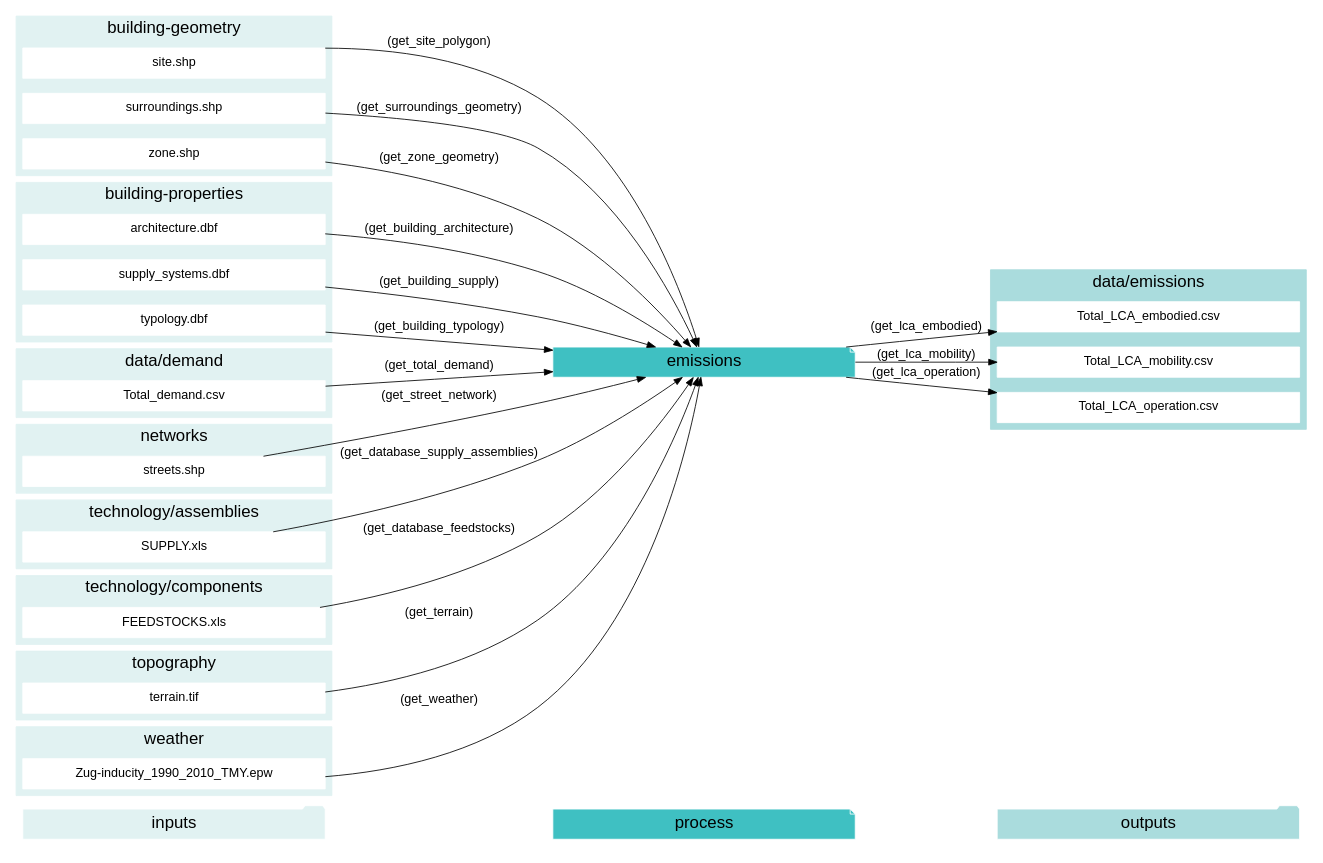
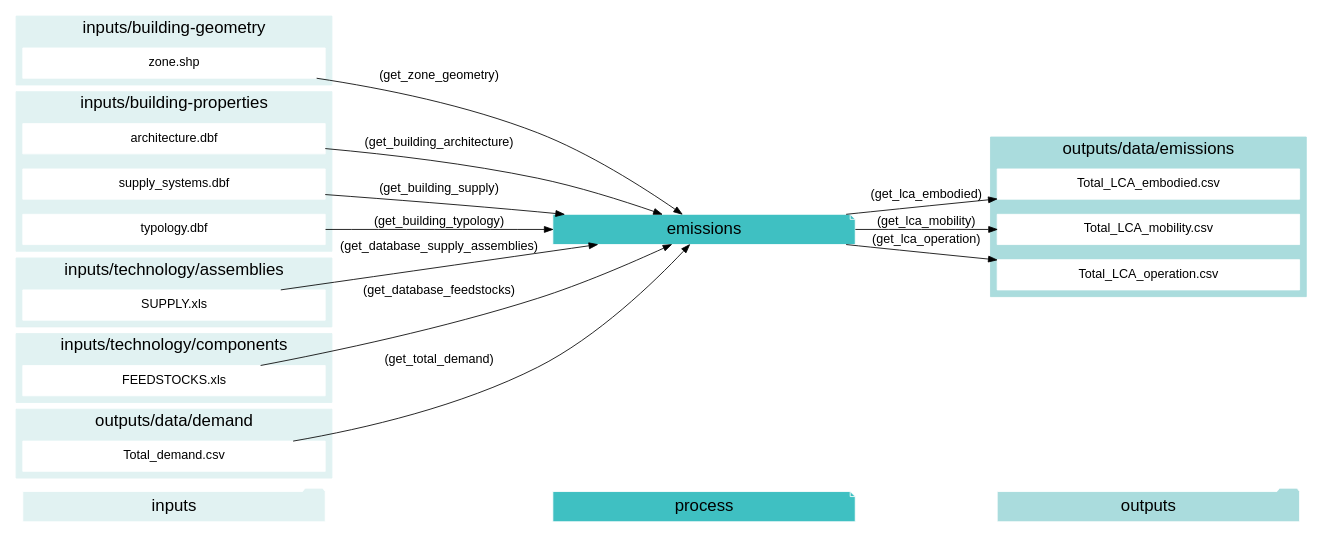
The diagram in docs/graphviz/emissions.gv (architecture-building-systems/CityEnergyAnalyst), drawn with Graphviz before and after one commit. The commit also changed 25 other files, not shown here.

Commit message:
cleaning up cea-doc graphviz

```diff
--- a/docs/graphviz/emissions.gv
+++ b/docs/graphviz/emissions.gv
@@ -1,110 +1,79 @@
-digraph trace_inputlocator {
+digraph emissions {
     rankdir="LR";
     graph [overlap=false, fontname=arial];
     node [shape=box, style=filled, color=white, fontsize=15, fontname=arial, fixedsize=true, width=5];
     edge [fontname=arial, fontsize = 15]
     newrank=true
     subgraph cluster_legend {
     fontsize=25
     style=invis
     "process"[style=filled, fillcolor="#3FC0C2", shape=note, fontsize=20, fontname="arial"]
     "inputs" [style=filled, shape=folder, color=white, fillcolor="#E1F2F2", fontsize=20]
     "outputs"[style=filled, shape=folder, color=white, fillcolor="#aadcdd", fontsize=20]
     "inputs"->"process"[style=invis]
     "process"->"outputs"[style=invis]
     }
     "emissions"[style=filled, color=white, fillcolor="#3FC0C2", shape=note, fontsize=20, fontname=arial];
     subgraph cluster_0_in {
         style = filled;
         color = "#E1F2F2";
         fontsize = 20;
         rank=same;
-        label="building-geometry";
-        "site.shp"
-        "surroundings.shp"
+        label="inputs/building-geometry";
         "zone.shp"
     }
     subgraph cluster_1_in {
         style = filled;
         color = "#E1F2F2";
         fontsize = 20;
         rank=same;
-        label="building-properties";
+        label="inputs/building-properties";
         "architecture.dbf"
         "supply_systems.dbf"
         "typology.dbf"
     }
     subgraph cluster_2_in {
         style = filled;
         color = "#E1F2F2";
         fontsize = 20;
         rank=same;
-        label="data/demand";
-        "Total_demand.csv"
+        label="inputs/technology/assemblies";
+        "SUPPLY.xls"
     }
-    subgraph cluster_3_out {
+    subgraph cluster_3_in {
         style = filled;
-        color = "#aadcdd";
+        color = "#E1F2F2";
         fontsize = 20;
         rank=same;
-        label="data/emissions";
-        "Total_LCA_embodied.csv"
-        "Total_LCA_mobility.csv"
-        "Total_LCA_operation.csv"
+        label="inputs/technology/components";
+        "FEEDSTOCKS.xls"
     }
     subgraph cluster_4_in {
         style = filled;
         color = "#E1F2F2";
         fontsize = 20;
         rank=same;
-        label="networks";
-        "streets.shp"
+        label="outputs/data/demand";
+        "Total_demand.csv"
     }
-    subgraph cluster_5_in {
+    subgraph cluster_5_out {
         style = filled;
-        color = "#E1F2F2";
+        color = "#aadcdd";
         fontsize = 20;
         rank=same;
-        label="technology/assemblies";
-        "SUPPLY.xls"
-    }
-    subgraph cluster_6_in {
-        style = filled;
-        color = "#E1F2F2";
-        fontsize = 20;
-        rank=same;
-        label="technology/components";
-        "FEEDSTOCKS.xls"
-    }
-    subgraph cluster_7_in {
-        style = filled;
-        color = "#E1F2F2";
-        fontsize = 20;
-        rank=same;
-        label="topography";
-        "terrain.tif"
-    }
-    subgraph cluster_8_in {
-        style = filled;
-        color = "#E1F2F2";
-        fontsize = 20;
-        rank=same;
-        label="weather";
-        "Zug-inducity_1990_2010_TMY.epw"
+        label="outputs/data/emissions";
+        "Total_LCA_embodied.csv"
+        "Total_LCA_mobility.csv"
+        "Total_LCA_operation.csv"
     }
     "architecture.dbf" -> "emissions"[label="(get_building_architecture)"]
     "supply_systems.dbf" -> "emissions"[label="(get_building_supply)"]
     "typology.dbf" -> "emissions"[label="(get_building_typology)"]
     "FEEDSTOCKS.xls" -> "emissions"[label="(get_database_feedstocks)"]
     "SUPPLY.xls" -> "emissions"[label="(get_database_supply_assemblies)"]
-    "site.shp" -> "emissions"[label="(get_site_polygon)"]
-    "streets.shp" -> "emissions"[label="(get_street_network)"]
-    "surroundings.shp" -> "emissions"[label="(get_surroundings_geometry)"]
-    "terrain.tif" -> "emissions"[label="(get_terrain)"]
     "Total_demand.csv" -> "emissions"[label="(get_total_demand)"]
-    "Zug-inducity_1990_2010_TMY.epw" -> "emissions"[label="(get_weather)"]
     "zone.shp" -> "emissions"[label="(get_zone_geometry)"]
     "emissions" -> "Total_LCA_embodied.csv"[label="(get_lca_embodied)"]
     "emissions" -> "Total_LCA_mobility.csv"[label="(get_lca_mobility)"]
     "emissions" -> "Total_LCA_operation.csv"[label="(get_lca_operation)"]
     }
```
